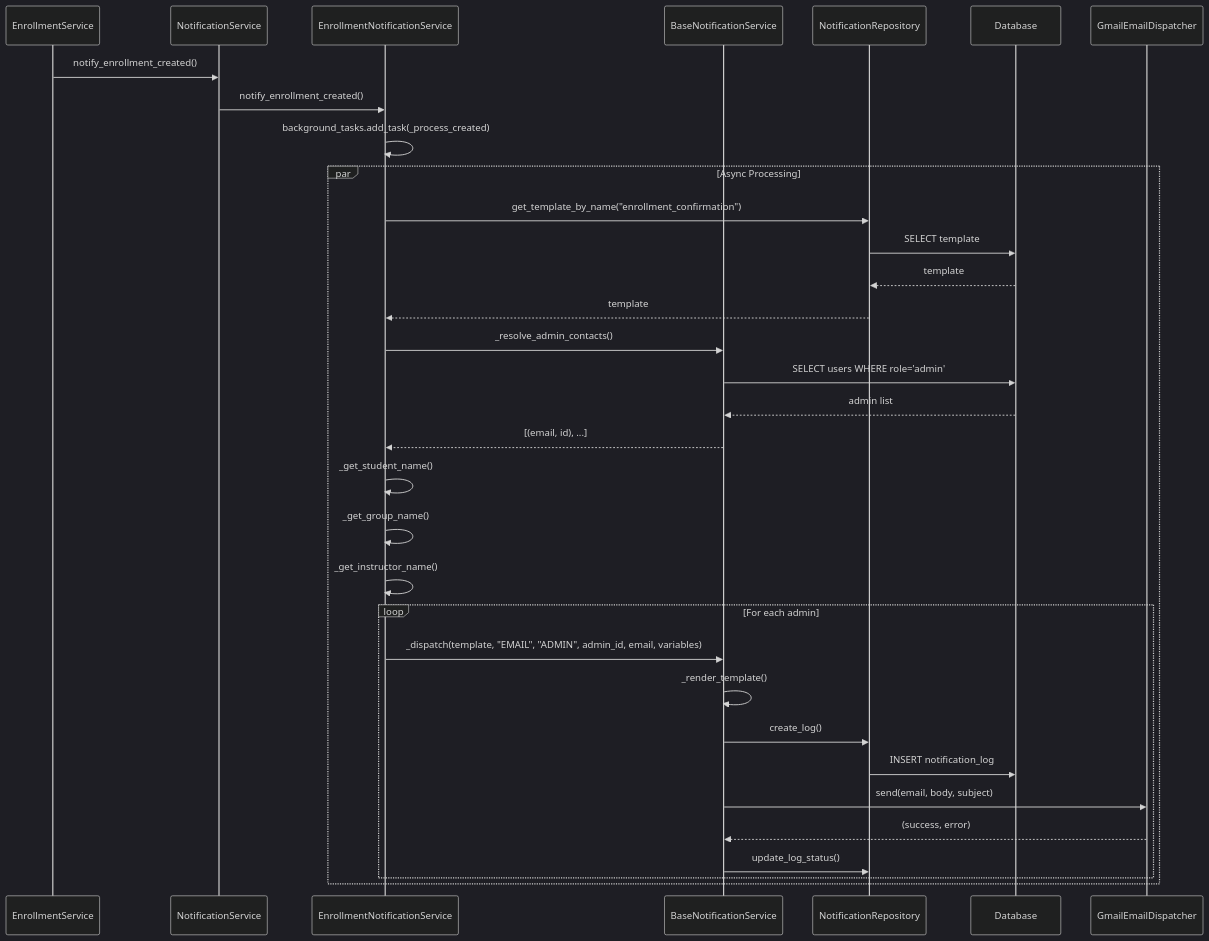
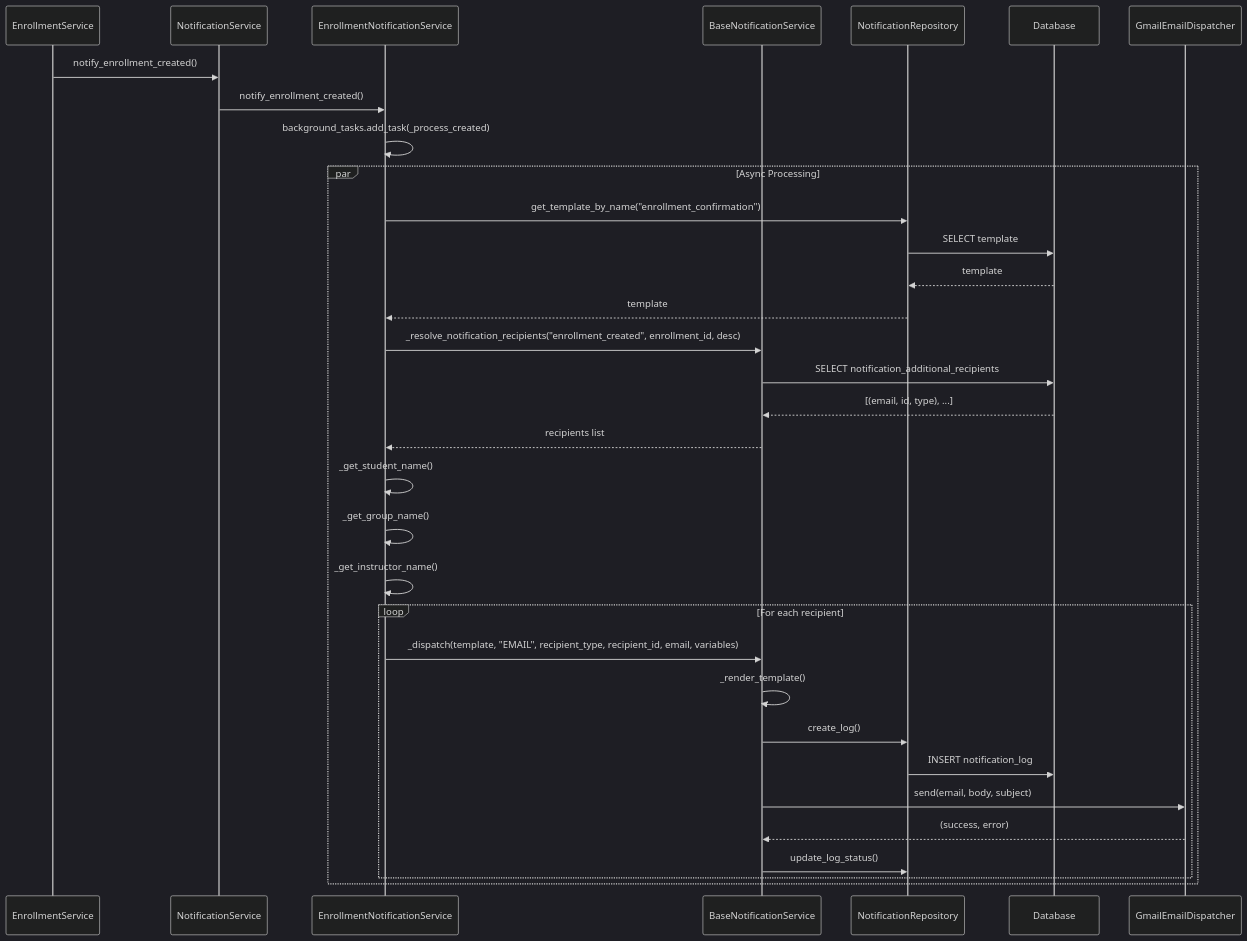
The fourth of 8 diagrams in docs/notification-architecture.md (ibrhmahmd/techno-terminal), drawn with Mermaid (dark theme) before and after one commit. The commit also changed other lines of this file, not shown here.

Commit message:
docs: update notification architecture documentation

````diff
--- a/docs/notification-architecture.md
+++ b/docs/notification-architecture.md
@@ -243,40 +242,40 @@
 ```mermaid
 sequenceDiagram
     participant Client as EnrollmentService
     participant NS as NotificationService
     participant EN as EnrollmentNotificationService
     participant BNS as BaseNotificationService
     participant Repo as NotificationRepository
     participant DB as Database
     participant Email as GmailEmailDispatcher
     
     Client->>NS: notify_enrollment_created()
     NS->>EN: notify_enrollment_created()
     EN->>EN: background_tasks.add_task(_process_created)
     
     par Async Processing
         EN->>Repo: get_template_by_name("enrollment_confirmation")
         Repo->>DB: SELECT template
         DB-->>Repo: template
         Repo-->>EN: template
         
-        EN->>BNS: _resolve_admin_contacts()
-        BNS->>DB: SELECT users WHERE role='admin'
-        DB-->>BNS: admin list
-        BNS-->>EN: [(email, id), ...]
+        EN->>BNS: _resolve_notification_recipients("enrollment_created", enrollment_id, desc)
+        BNS->>DB: SELECT notification_additional_recipients
+        DB-->>BNS: [(email, id, type), ...]
+        BNS-->>EN: recipients list
         
         EN->>EN: _get_student_name()
         EN->>EN: _get_group_name()
         EN->>EN: _get_instructor_name()
         
-        loop For each admin
-            EN->>BNS: _dispatch(template, "EMAIL", "ADMIN", admin_id, email, variables)
+        loop For each recipient
+            EN->>BNS: _dispatch(template, "EMAIL", recipient_type, recipient_id, email, variables)
             BNS->>BNS: _render_template()
             BNS->>Repo: create_log()
             Repo->>DB: INSERT notification_log
             BNS->>Email: send(email, body, subject)
             Email-->>BNS: (success, error)
             BNS->>Repo: update_log_status()
         end
     end
 ```
````
